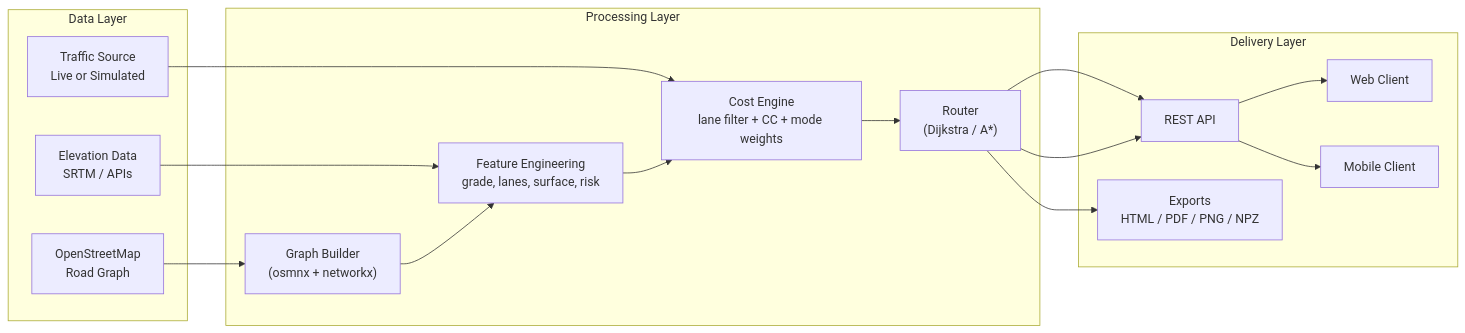
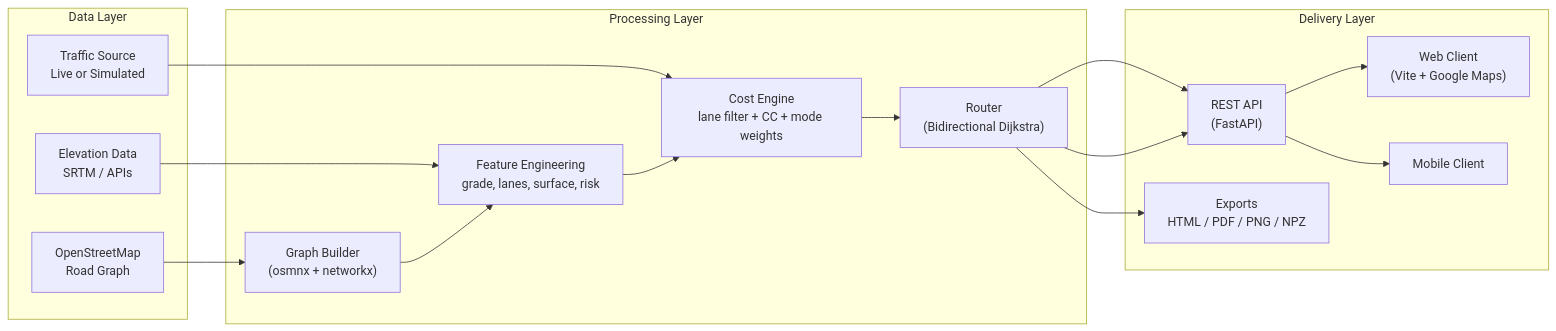
The second of 2 diagrams in README.md (alireal973/motomap), drawn with Mermaid before and after one commit. The commit also changed other lines of this file, not shown here.

````diff
--- a/README.md
+++ b/README.md
@@ -125,30 +439,30 @@
 ```mermaid
 graph LR
     subgraph "Data Layer"
         OSM["OpenStreetMap<br/>Road Graph"]
         DEM["Elevation Data<br/>SRTM / APIs"]
         TRAFFIC["Traffic Source<br/>Live or Simulated"]
     end
 
     subgraph "Processing Layer"
         GRAPH["Graph Builder<br/>(osmnx + networkx)"]
         FEATURES["Feature Engineering<br/>grade, lanes, surface, risk"]
         COST["Cost Engine<br/>lane filter + CC + mode weights"]
-        ROUTER["Router<br/>(Dijkstra / A*)"]
+        ROUTER["Router<br/>(Bidirectional Dijkstra)"]
     end
 
     subgraph "Delivery Layer"
-        API["REST API"]
-        WEB["Web Client"]
+        API["REST API<br/>(FastAPI)"]
+        WEB["Web Client<br/>(Vite + Google Maps)"]
         MOBILE["Mobile Client"]
         OUTPUTS["Exports<br/>HTML / PDF / PNG / NPZ"]
     end
 
     OSM --> GRAPH
     DEM --> FEATURES
     TRAFFIC --> COST
     GRAPH --> FEATURES --> COST --> ROUTER
     ROUTER --> API --> WEB
     ROUTER --> API --> MOBILE
     ROUTER --> OUTPUTS
 ```
````
